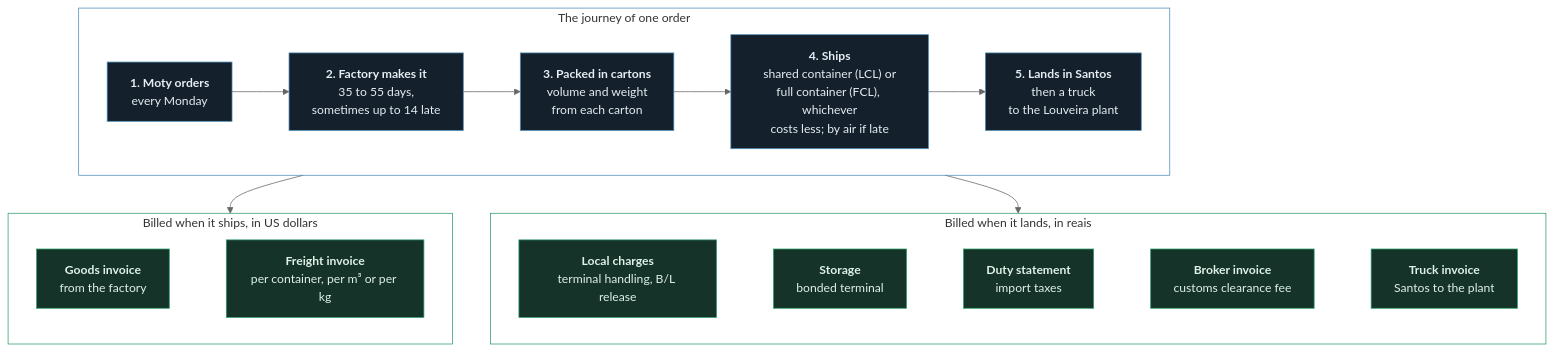
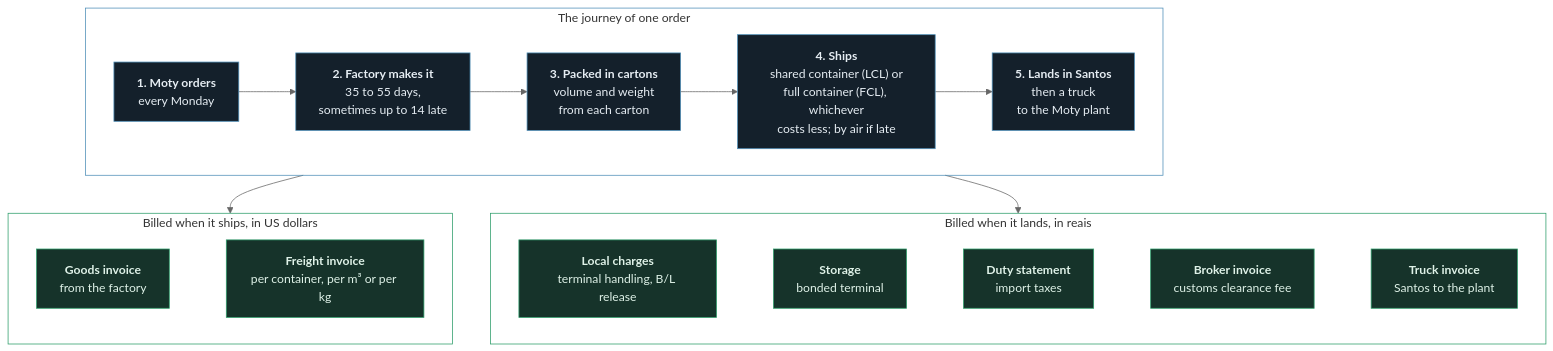
One commit to RafaelTavares98/invoice-pipeline changed the third of 3 diagrams in README.md. Above: the diagram before and after it, drawn with Mermaid (neutral theme). The commit also changed other lines of this file and 75 other files, not shown here.

````diff
--- a/README.md
+++ b/README.md
@@ -117,39 +117,39 @@
 ```mermaid
 flowchart TB
     subgraph TRIP["The journey of one order"]
         direction LR
         PO["<b>1. Moty orders</b><br/>every Monday"]
         MAKE["<b>2. Factory makes it</b><br/>35 to 55 days,<br/>sometimes up to 14 late"]
         PACK["<b>3. Packed in cartons</b><br/>volume and weight<br/>from each carton"]
         SHIP["<b>4. Ships</b><br/>shared container (LCL) or<br/>full container (FCL), whichever<br/>costs less; by air if late"]
-        ARR["<b>5. Lands in Santos</b><br/>then a truck<br/>to the Louveira plant"]
+        ARR["<b>5. Lands in Santos</b><br/>then a truck<br/>to the Moty plant"]
         PO --> MAKE --> PACK --> SHIP --> ARR
     end
 
     subgraph LEFT["Billed when it ships, in US dollars"]
         direction LR
         GI["<b>Goods invoice</b><br/>from the factory"]
         FI["<b>Freight invoice</b><br/>per container, per m³ or per kg"]
         GI ~~~ FI
     end
     subgraph LANDED["Billed when it lands, in reais"]
         direction LR
         LC["<b>Local charges</b><br/>terminal handling, B/L release"]
         ST["<b>Storage</b><br/>bonded terminal"]
         DS["<b>Duty statement</b><br/>import taxes"]
         BF["<b>Broker invoice</b><br/>customs clearance fee"]
         TR["<b>Truck invoice</b><br/>Santos to the plant"]
         LC ~~~ ST ~~~ DS ~~~ BF ~~~ TR
     end
 
     TRIP --> LEFT
     TRIP --> LANDED
 
     classDef step fill:#14202b,stroke:#4f8fb8,color:#e6edf3
     classDef doc fill:#16332a,stroke:#2e9e6b,color:#dff2e8
     class PO,MAKE,PACK,SHIP,ARR step
     class GI,FI,LC,ST,DS,BF,TR doc
     style TRIP fill:transparent,stroke:#4f8fb8
     style LEFT fill:transparent,stroke:#2e9e6b
     style LANDED fill:transparent,stroke:#2e9e6b
 ```
````
